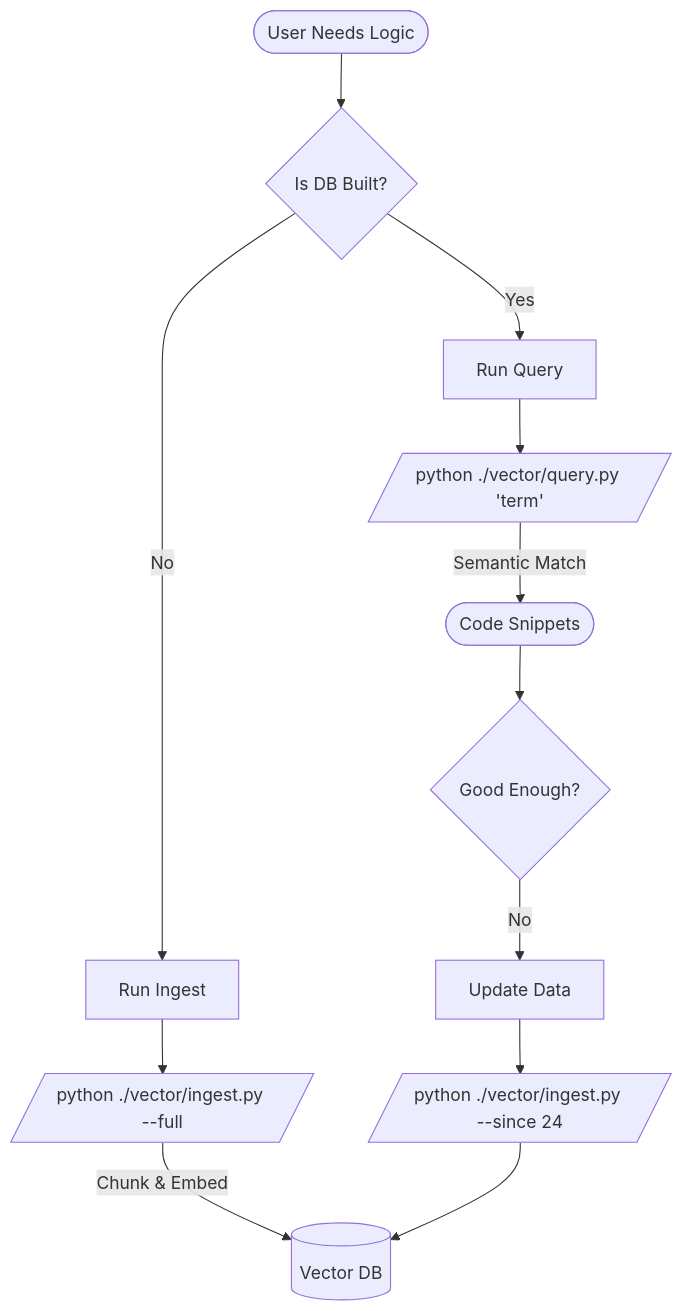
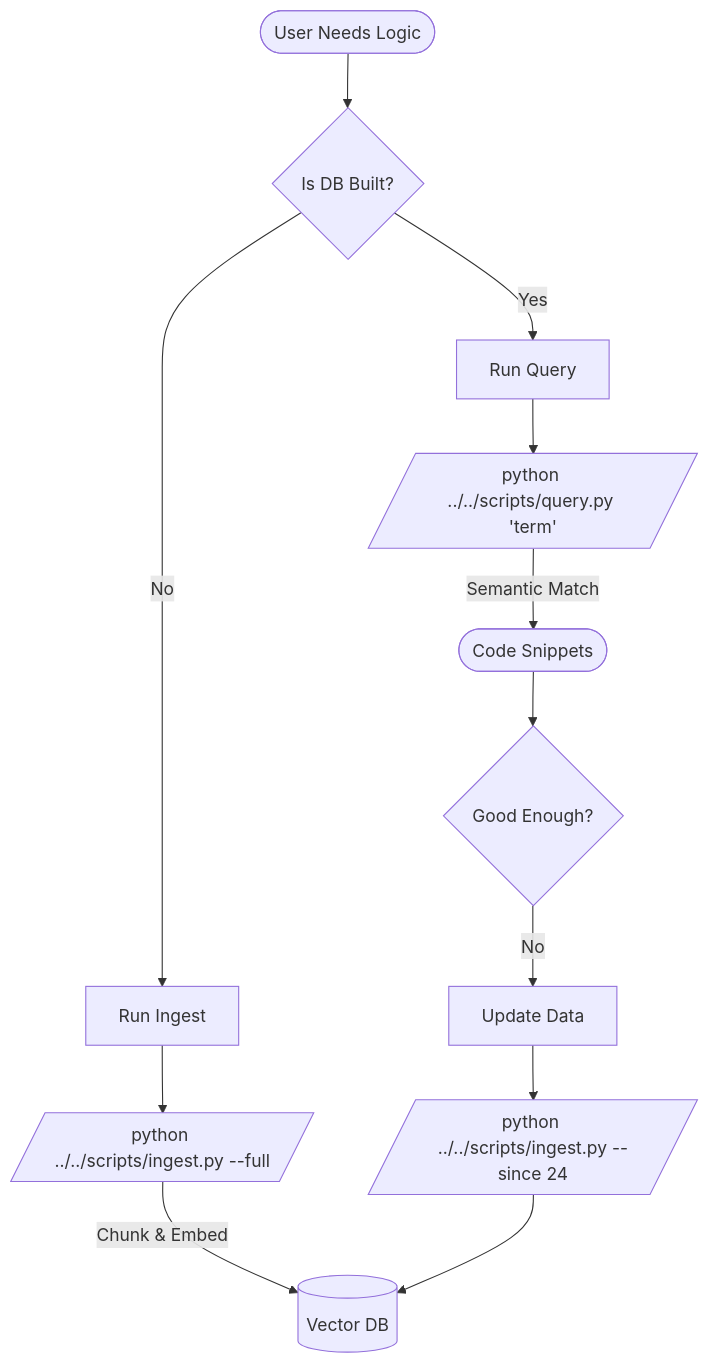
Before and after one commit to richfrem/agent-plugins-skills: the diagram in plugins/vector-db/assets/diagrams/workflow.mmd, drawn with Mermaid. The commit also changed 12 other files, not shown here.

```diff
--- a/plugins/vector-db/assets/diagrams/workflow.mmd
+++ b/plugins/vector-db/assets/diagrams/workflow.mmd
@@ -1,15 +1,15 @@
 flowchart TD
     Start([User Needs Logic]) --> Check{Is DB Built?}
     
     Check -- No --> Build[Run Ingest]
-    Build --> CmdBuild[/"python ./vector/ingest.py --full"/]
+    Build --> CmdBuild[/"python ../../scripts/ingest.py --full"/]
     CmdBuild -- "Chunk & Embed" --> DB[(Vector DB)]
     
     Check -- Yes --> Search[Run Query]
-    Search --> CmdSearch[/"python ./vector/query.py 'term'"/]
+    Search --> CmdSearch[/"python ../../scripts/query.py 'term'"/]
     CmdSearch -- "Semantic Match" --> Result([Code Snippets])
     
     Result --> Refine{Good Enough?}
     Refine -- No --> Rebuild[Update Data]
-    Rebuild --> CmdUpdate[/"python ./vector/ingest.py --since 24"/]
+    Rebuild --> CmdUpdate[/"python ../../scripts/ingest.py --since 24"/]
     CmdUpdate --> DB
```
